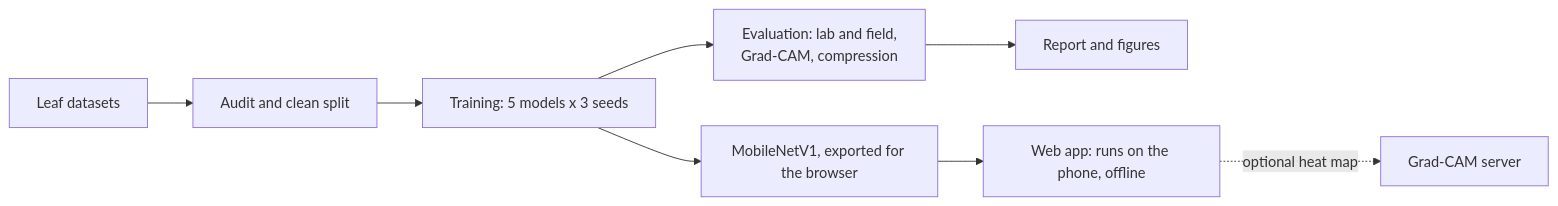
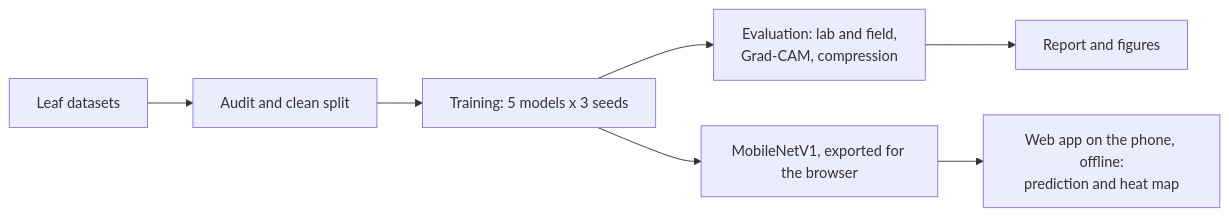
One commit to MoazamAli45/plant-leaf-disease-detection changed the diagram in README.md. Above: the diagram before and after it, drawn with Mermaid. The commit also changed other lines of this file and 19 other files, not shown here.

Commit message:
heat map feature in web app

````diff
--- a/README.md
+++ b/README.md
@@ -85,10 +90,9 @@
 ```mermaid
 flowchart LR
   D[Leaf datasets] --> A[Audit and clean split]
   A --> T[Training: 5 models x 3 seeds]
   T --> E[Evaluation: lab and field,<br/>Grad-CAM, compression]
   E --> R[Report and figures]
   T --> M[MobileNetV1, exported for the browser]
-  M --> W[Web app: runs on the phone, offline]
-  W -. optional heat map .-> S[Grad-CAM server]
+  M --> W[Web app on the phone, offline:<br/>prediction and heat map]
 ```
````
